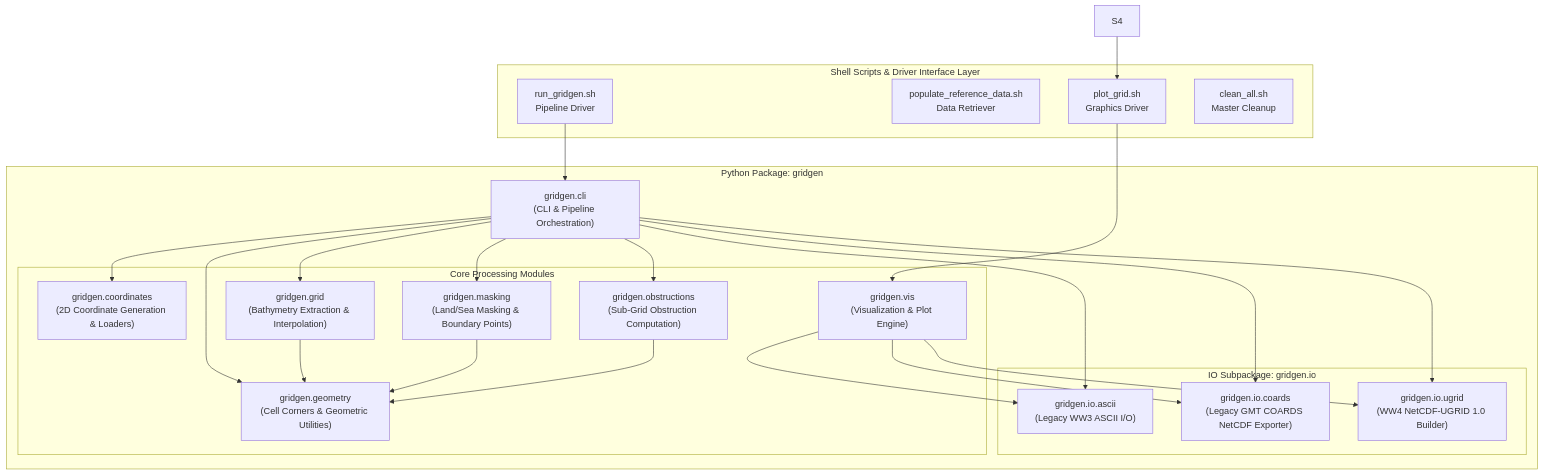
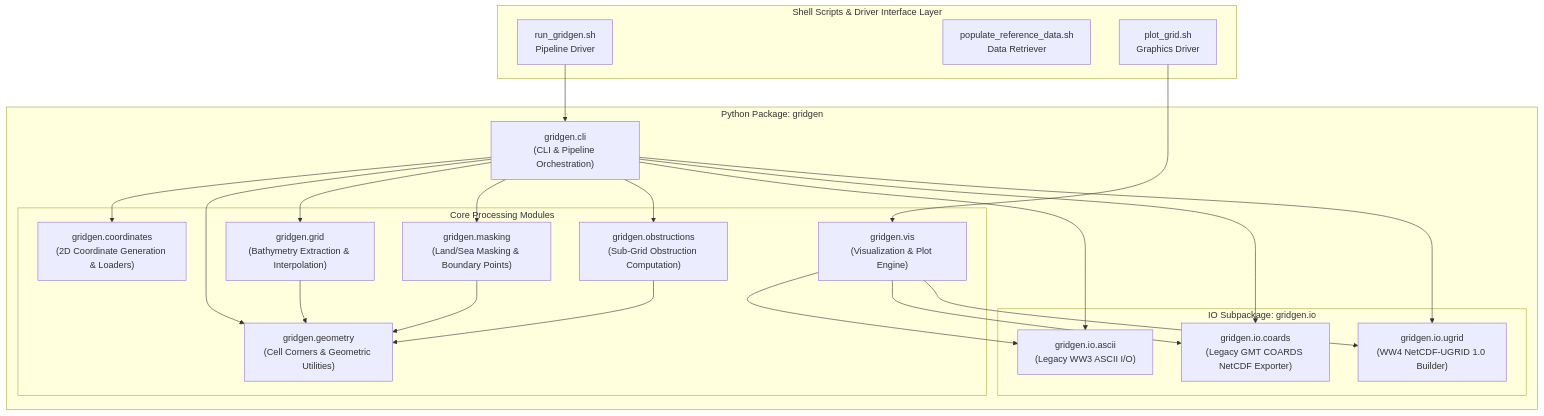
One commit to HendrikTolman-NOAA/gridgen changed the third of 3 diagrams in ARCHITECTURE.md. Above: the diagram before and after it, drawn with Mermaid. The commit also changed other lines of this file and 3 other files, not shown here.

Commit message:
Remove clean_all.sh script and update docs and tests

````diff
--- a/ARCHITECTURE.md
+++ b/ARCHITECTURE.md
@@ -112,47 +112,45 @@
 ```mermaid
 flowchart TD
     subgraph Shell Scripts & Driver Interface Layer
         S1[run_gridgen.sh<br/>Pipeline Driver]
         S2[populate_reference_data.sh<br/>Data Retriever]
         S3[plot_grid.sh<br/>Graphics Driver]
-        S5[clean_all.sh<br/>Master Cleanup]
     end
 
     subgraph Python Package: gridgen
         CLI["gridgen.cli<br/>(CLI & Pipeline Orchestration)"]
 
         subgraph Core Processing Modules
             COORD["gridgen.coordinates<br/>(2D Coordinate Generation & Loaders)"]
             GEOM["gridgen.geometry<br/>(Cell Corners & Geometric Utilities)"]
             GRID["gridgen.grid<br/>(Bathymetry Extraction & Interpolation)"]
             MASK["gridgen.masking<br/>(Land/Sea Masking & Boundary Points)"]
             OBSTR["gridgen.obstructions<br/>(Sub-Grid Obstruction Computation)"]
             VIS["gridgen.vis<br/>(Visualization & Plot Engine)"]
         end
 
         subgraph IO Subpackage: gridgen.io
             ASCII["gridgen.io.ascii<br/>(Legacy WW3 ASCII I/O)"]
             COARDS["gridgen.io.coards<br/>(Legacy GMT COARDS NetCDF Exporter)"]
             UGRID["gridgen.io.ugrid<br/>(WW4 NetCDF-UGRID 1.0 Builder)"]
         end
     end
 
     S1 --> CLI
     S3 --> VIS
-    S4 --> S3
 
     CLI --> COORD
     CLI --> GEOM
     CLI --> GRID
     CLI --> MASK
     CLI --> OBSTR
     CLI --> ASCII
     CLI --> COARDS
     CLI --> UGRID
     VIS --> ASCII
     VIS --> COARDS
     VIS --> UGRID
     GRID --> GEOM
     MASK --> GEOM
     OBSTR --> GEOM
 ```
````
